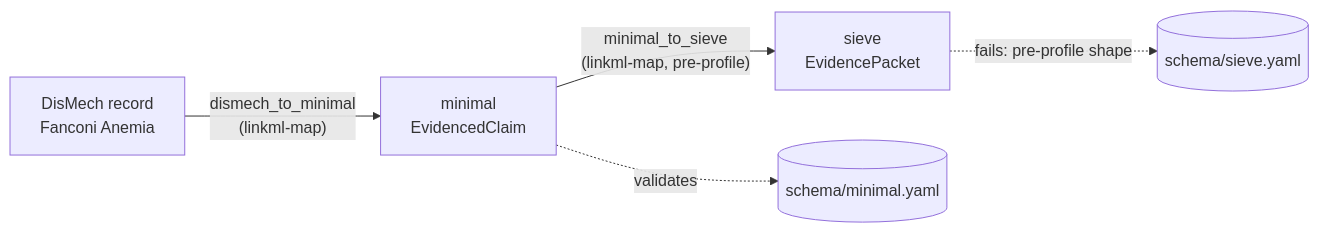
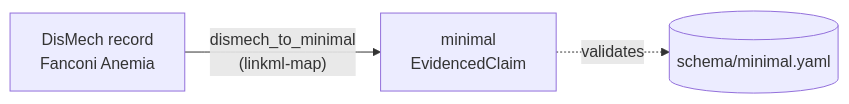
One commit to matentzn/sieve changed the second of 2 diagrams in docs/monarch-evidence.md. Above: the diagram before and after it, drawn with Mermaid. The commit also changed other lines of this file and 10 other files, not shown here.

````diff
--- a/docs/monarch-evidence.md
+++ b/docs/monarch-evidence.md
@@ -60,7 +60,5 @@
 ```mermaid
 flowchart LR
     DM[DisMech record<br/>Fanconi Anemia] -->|"dismech_to_minimal<br/>(linkml-map)"| MIN[minimal<br/>EvidencedClaim]
-    MIN -->|"minimal_to_sieve<br/>(linkml-map, pre-profile)"| SV[sieve<br/>EvidencePacket]
     MIN -. validates .-> MS[(schema/minimal.yaml)]
-    SV -. "fails: pre-profile shape" .-> SS[(schema/sieve.yaml)]
 ```
````
